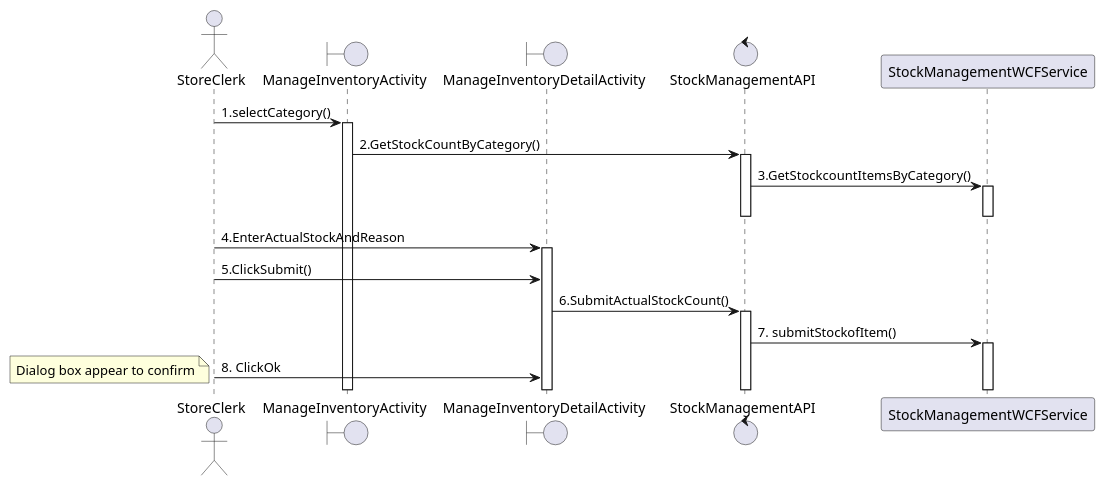
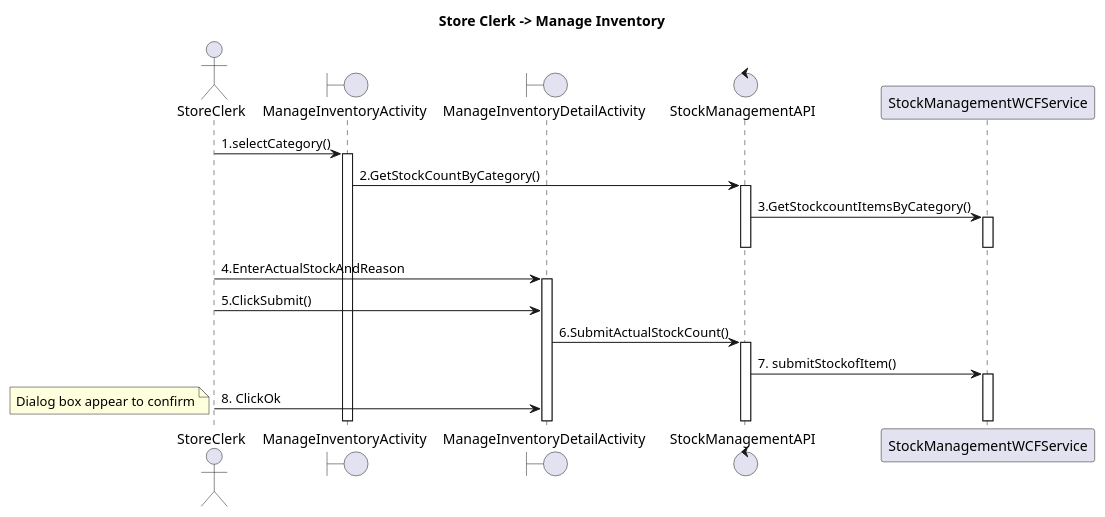
Before and after one commit to SA46Team5a/AD---ClassAndSequenceDiagram: the diagram in ManageInventoryStatusReport.wsd, drawn with PlantUML. The commit also changed 33 other files, not shown here.

Commit message:
added titles, requisitionPackage sequence diagram

```diff
--- a/ManageInventoryStatusReport.wsd
+++ b/ManageInventoryStatusReport.wsd
@@ -1,25 +1,26 @@
 @startuml
+title "Store Clerk -> Manage Inventory"
 actor StoreClerk
 boundary ManageInventoryActivity
 boundary ManageInventoryDetailActivity
 control StockManagementAPI
 Participant StockManagementWCFService
 
 StoreClerk->ManageInventoryActivity: 1.selectCategory()
 activate ManageInventoryActivity
 ManageInventoryActivity->StockManagementAPI: 2.GetStockCountByCategory()
 activate StockManagementAPI
 StockManagementAPI->StockManagementWCFService: 3.GetStockcountItemsByCategory()
 activate StockManagementWCFService
 deactivate StockManagementWCFService
 deactivate StockManagementAPI
 StoreClerk->ManageInventoryDetailActivity: 4.EnterActualStockAndReason
 activate ManageInventoryDetailActivity
 StoreClerk->ManageInventoryDetailActivity: 5.ClickSubmit()
 ManageInventoryDetailActivity->StockManagementAPI: 6.SubmitActualStockCount()
 activate StockManagementAPI
 StockManagementAPI->StockManagementWCFService: 7. submitStockofItem()
 activate StockManagementWCFService
 StoreClerk->ManageInventoryDetailActivity: 8. ClickOk
 note left:Dialog box appear to confirm
 @enduml
```
